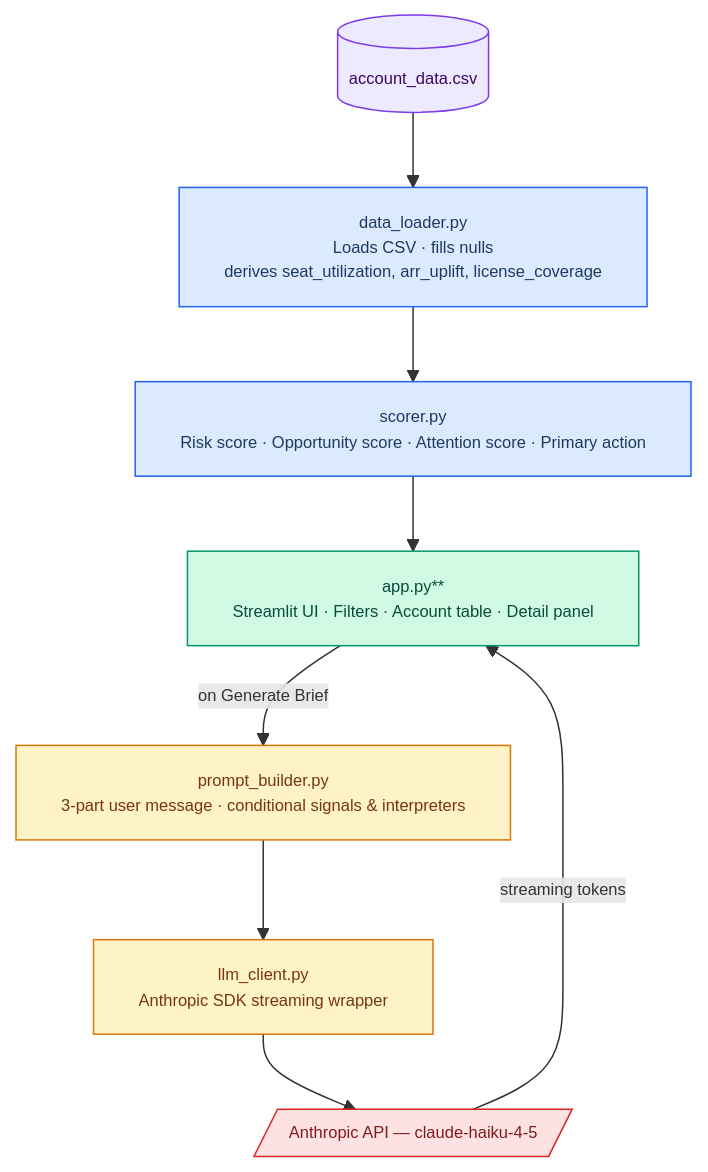
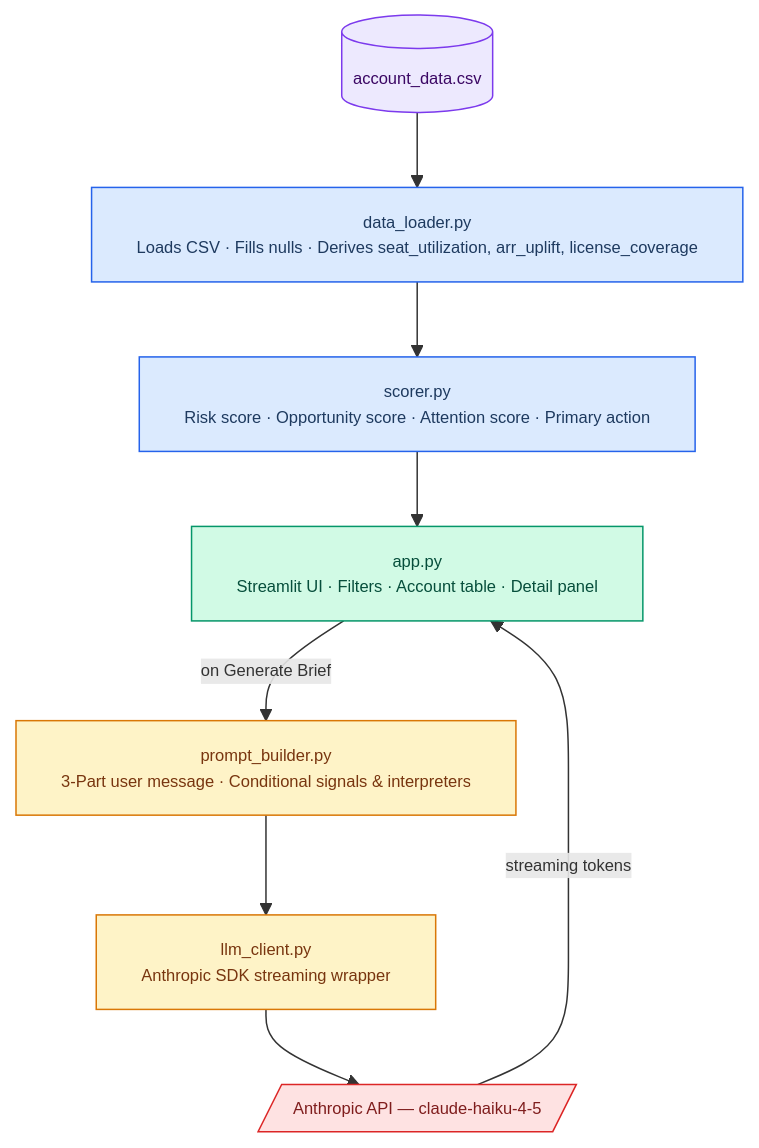
One commit to dcaled/account-intelligence-app changed the diagram in README.md. Above: the diagram before and after it, drawn with Mermaid. The commit also changed other lines of this file, not shown here.

First line of the commit message:
README: restructure Key Decisions into subsections, add data enrichment table

````diff
--- a/README.md
+++ b/README.md
@@ -203,30 +219,30 @@
 ```mermaid
 %%{init: {"themeVariables": {"fontSize": "11px"}, "flowchart": {"wrappingWidth": 480}}}%%
 flowchart TD
     CSV[("account_data.csv")]
 
-    DL["data_loader.py\nLoads CSV · fills nulls\nderives seat_utilization, arr_uplift, license_coverage"]
+    DL["data_loader.py\nLoads CSV · Fills nulls · Derives seat_utilization, arr_uplift, license_coverage"]
 
     SC["scorer.py\nRisk score · Opportunity score · Attention score · Primary action"]
 
-    APP["app.py**\nStreamlit UI · Filters · Account table · Detail panel"]
+    APP["app.py\nStreamlit UI · Filters · Account table · Detail panel"]
 
-    PB["prompt_builder.py\n3-part user message · conditional signals & interpreters"]
+    PB["prompt_builder.py\n3-Part user message · Conditional signals & interpreters"]
 
     LC["llm_client.py\nAnthropic SDK streaming wrapper"]
 
     API[/"Anthropic API — claude-haiku-4-5"/]
 
     CSV --> DL --> SC --> APP
     APP -- "on Generate Brief" --> PB --> LC --> API
     API -- "streaming tokens" --> APP
 
     style CSV fill:#ede9fe,stroke:#7c3aed,color:#3b0764
     style DL fill:#dbeafe,stroke:#2563eb,color:#1e3a5f
     style SC fill:#dbeafe,stroke:#2563eb,color:#1e3a5f
     style APP fill:#d1fae5,stroke:#059669,color:#064e3b
     style PB fill:#fef3c7,stroke:#d97706,color:#78350f
     style LC fill:#fef3c7,stroke:#d97706,color:#78350f
     style API fill:#fee2e2,stroke:#dc2626,color:#7f1d1d
 
 ```
````
